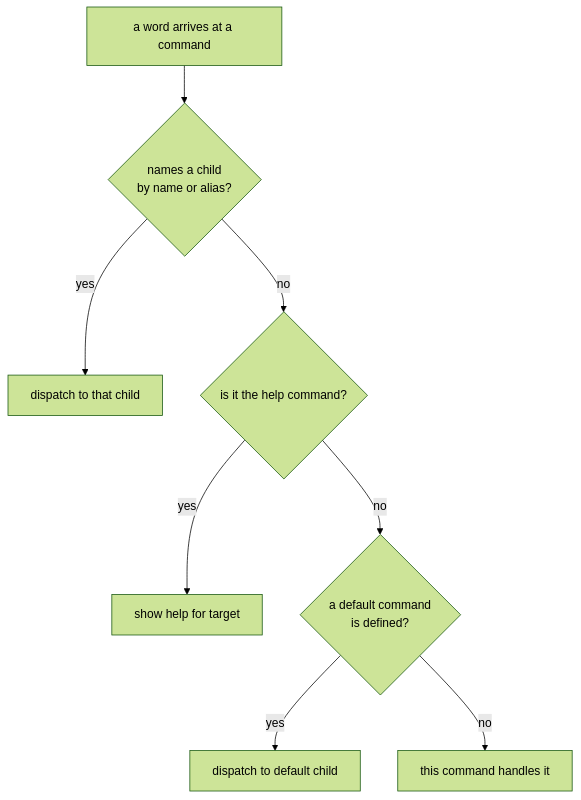
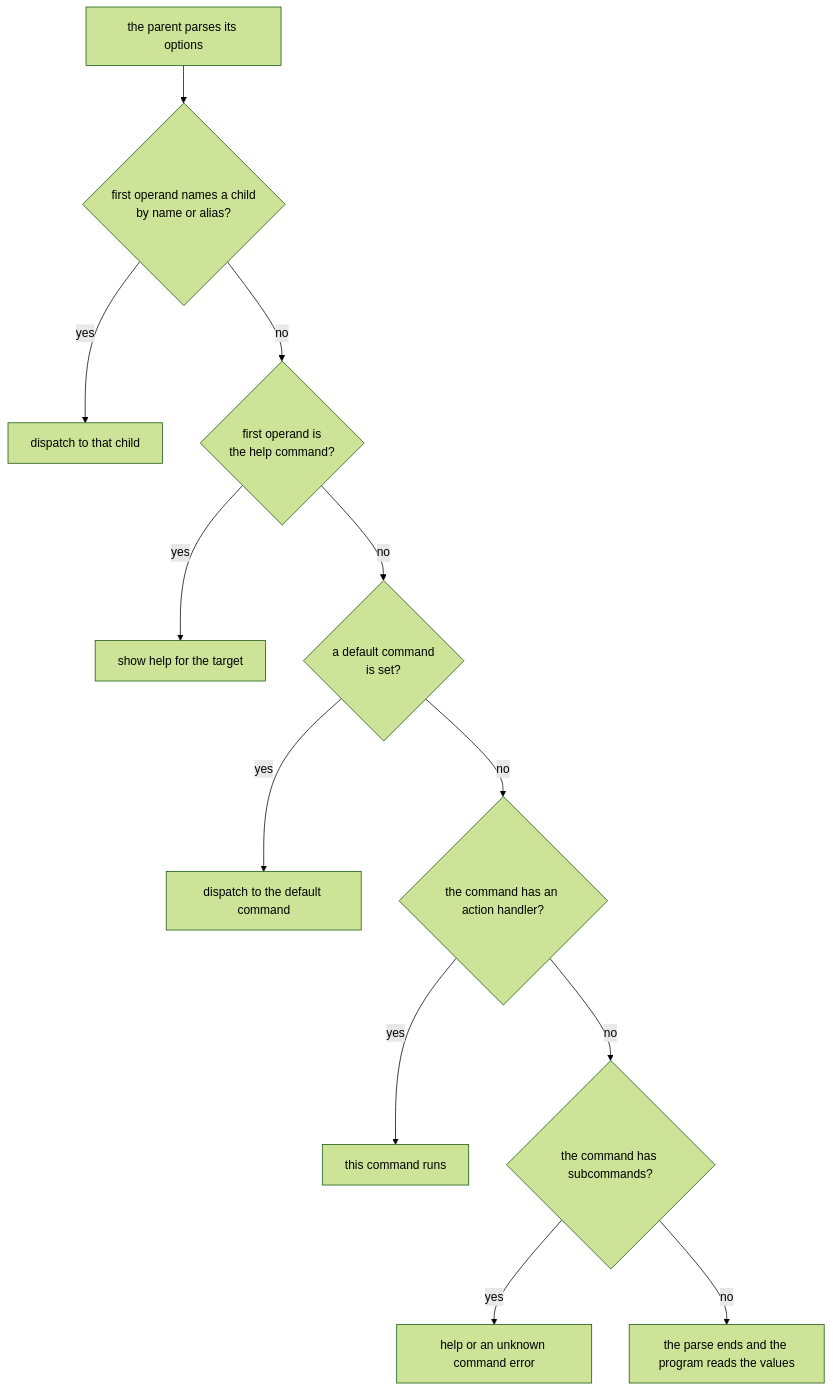
Before and after one commit to KeunwooPark/cluedoc: the second of 3 diagrams in docs/examples/commander/.cluedoc/command-model/README.md, drawn with Mermaid (forest theme). The commit also changed other lines of this file and 22 other files, not shown here.

````diff
--- a/docs/examples/commander/.cluedoc/command-model/README.md
+++ b/docs/examples/commander/.cluedoc/command-model/README.md
@@ -44,10 +53,14 @@
 ```mermaid
 flowchart TD
-    IN["a word arrives at a command"] --> Q1{"names a child<br/>by name or alias?"}
+    IN["the parent parses its options"] --> Q1{"first operand names a child<br/>by name or alias?"}
     Q1 -- yes --> DISP["dispatch to that child"]
-    Q1 -- no --> Q2{"is it the help command?"}
-    Q2 -- yes --> HELP["show help for target"]
-    Q2 -- no --> Q3{"a default command<br/>is defined?"}
-    Q3 -- yes --> DEFC["dispatch to default child"]
-    Q3 -- no --> SELF["this command handles it"]
+    Q1 -- no --> Q2{"first operand is<br/>the help command?"}
+    Q2 -- yes --> HELP["show help for the target"]
+    Q2 -- no --> Q3{"a default command<br/>is set?"}
+    Q3 -- yes --> DEFC["dispatch to the default command"]
+    Q3 -- no --> Q4{"the command has an action handler?"}
+    Q4 -- yes --> SELF["this command runs"]
+    Q4 -- no --> Q5{"the command has subcommands?"}
+    Q5 -- yes --> ERR["help or an unknown command error"]
+    Q5 -- no --> END["the parse ends and the program reads the values"]
 ```
````
